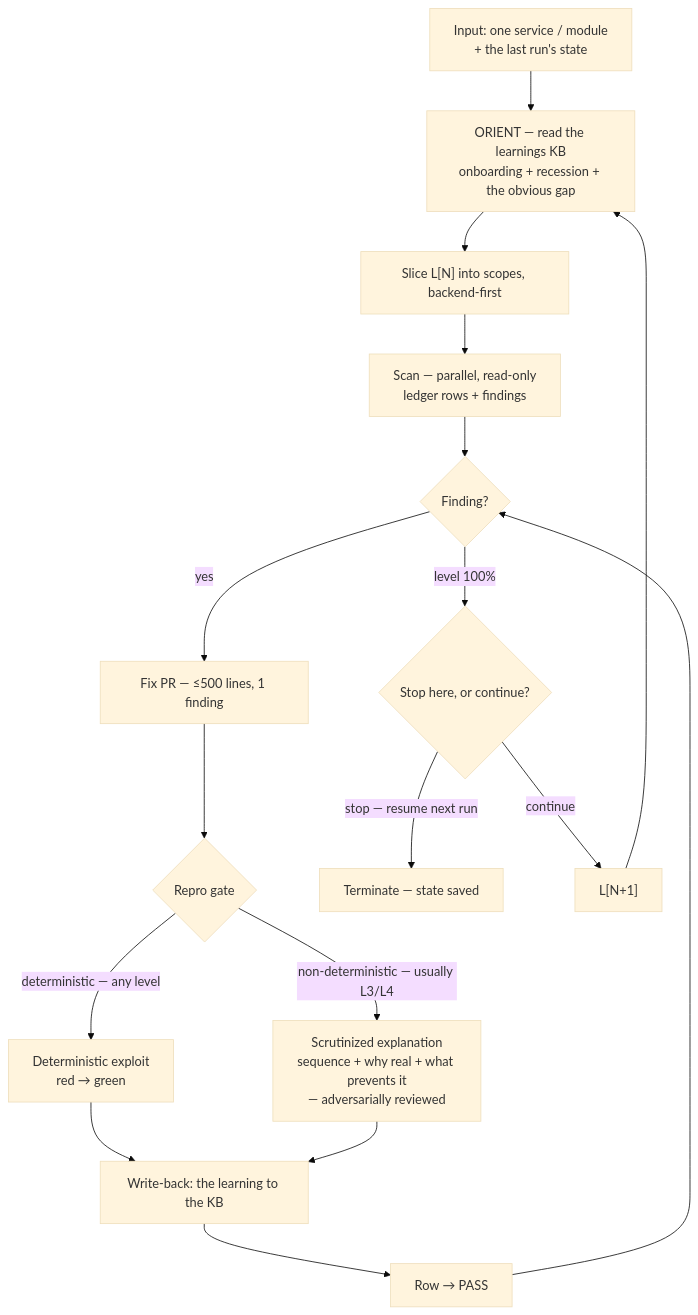
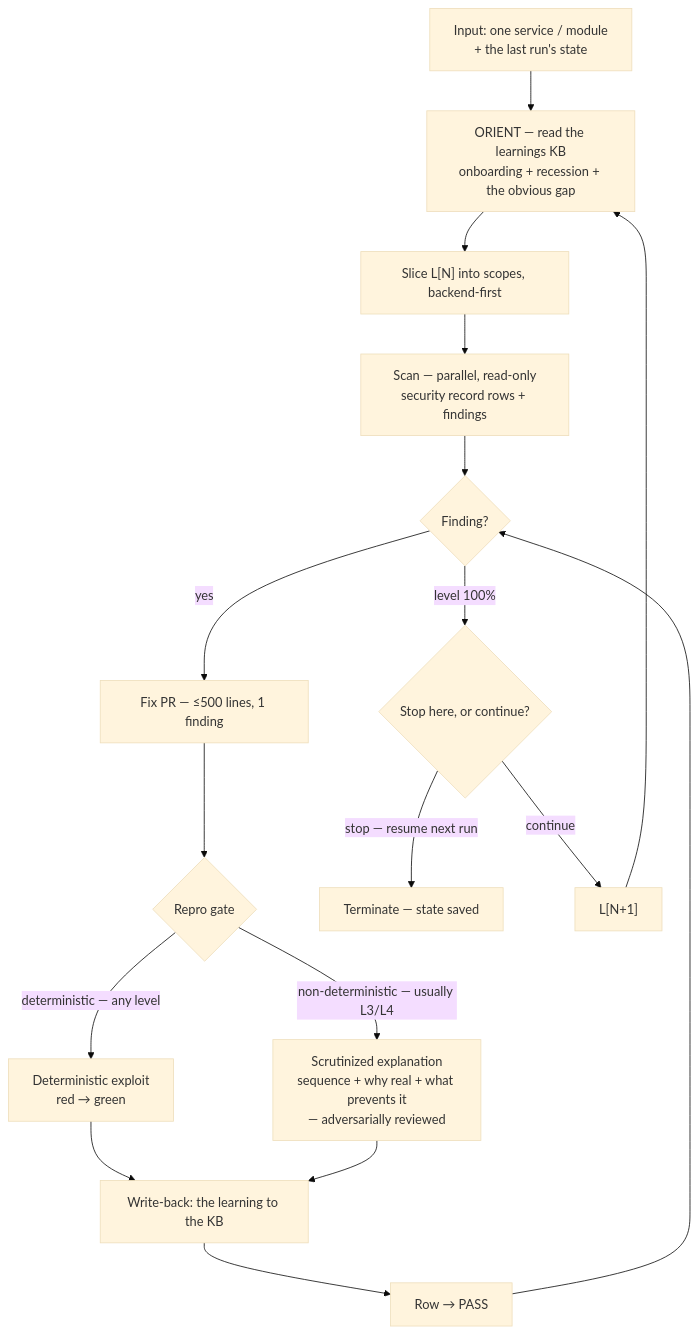
The first of 2 diagrams in ai-pack/ai-security-theory/running-it/README.md (jacoby149/web10), drawn with Mermaid (base theme) before and after one commit. The commit also changed other lines of this file and 16 other files, not shown here.

First line of the commit message:
docs(ai-pack): 'ledger' -> the security record; name the section Written Security (WS)

````diff
--- a/ai-pack/ai-security-theory/running-it/README.md
+++ b/ai-pack/ai-security-theory/running-it/README.md
@@ -29,19 +29,19 @@
 ```mermaid
 flowchart TD
     IN["Input: one service / module<br/>+ the last run's state"] --> O["ORIENT — read the learnings KB<br/>onboarding + recession + the obvious gap"]
     O --> A["Slice L[N] into scopes, backend-first"]
-    A --> B["Scan — parallel, read-only<br/>ledger rows + findings"]
+    A --> B["Scan — parallel, read-only<br/>security record rows + findings"]
     B --> E{Finding?}
     E -->|yes| F["Fix PR — ≤500 lines, 1 finding"]
     F --> RG{Repro gate}
     RG -->|deterministic — any level| X1["Deterministic exploit<br/>red → green"]
     RG -->|non-deterministic — usually L3/L4| X2["Scrutinized explanation<br/>sequence + why real + what prevents it<br/>— adversarially reviewed"]
     X1 --> W["Write-back: the learning to the KB"]
     X2 --> W
     W --> H["Row → PASS"]
     H --> E
     E -->|level 100%| STOP{"Stop here, or continue?"}
     STOP -->|stop — resume next run| DONE["Terminate — state saved"]
     STOP -->|continue| G["L[N+1]"]
     G --> O
 ```
````
